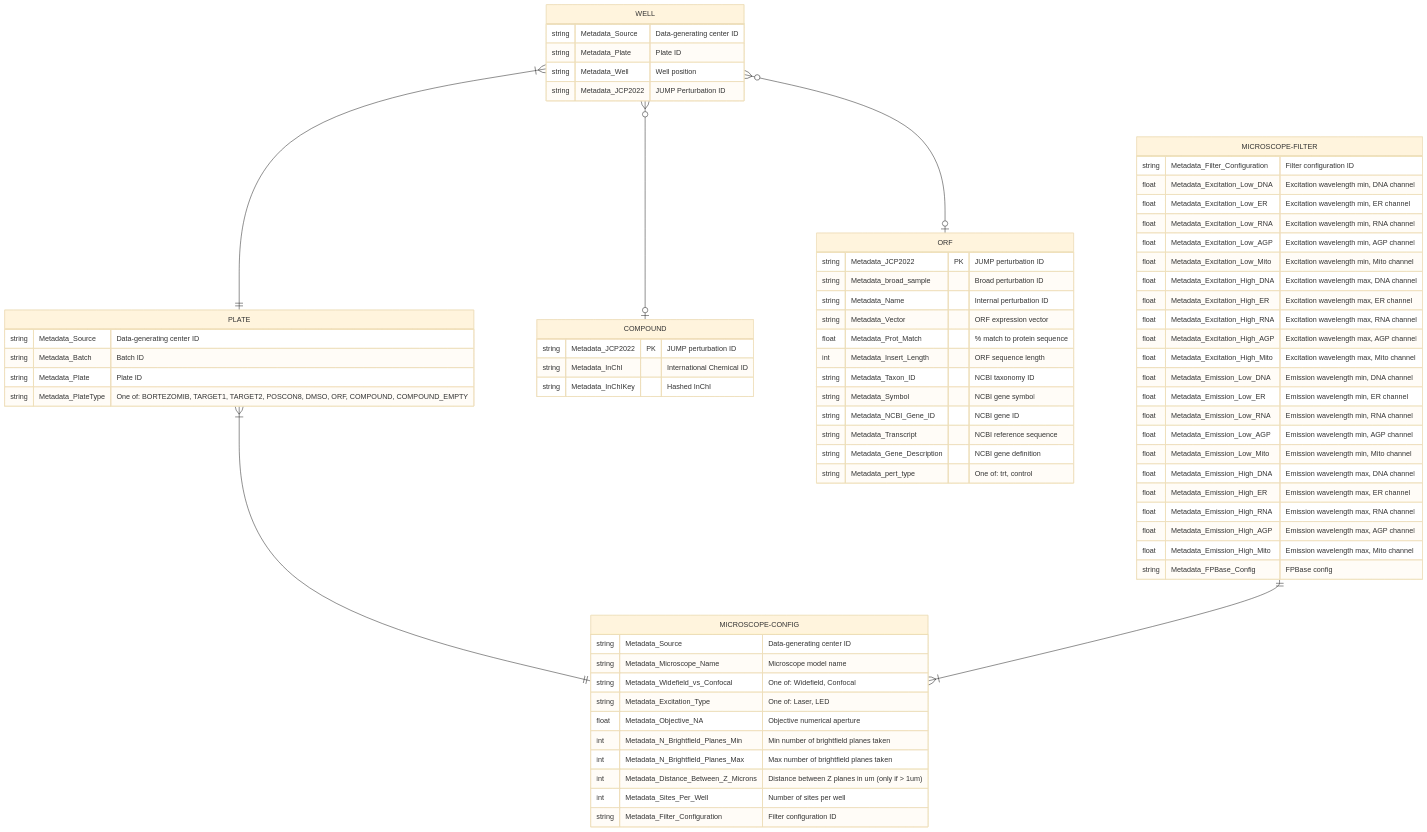
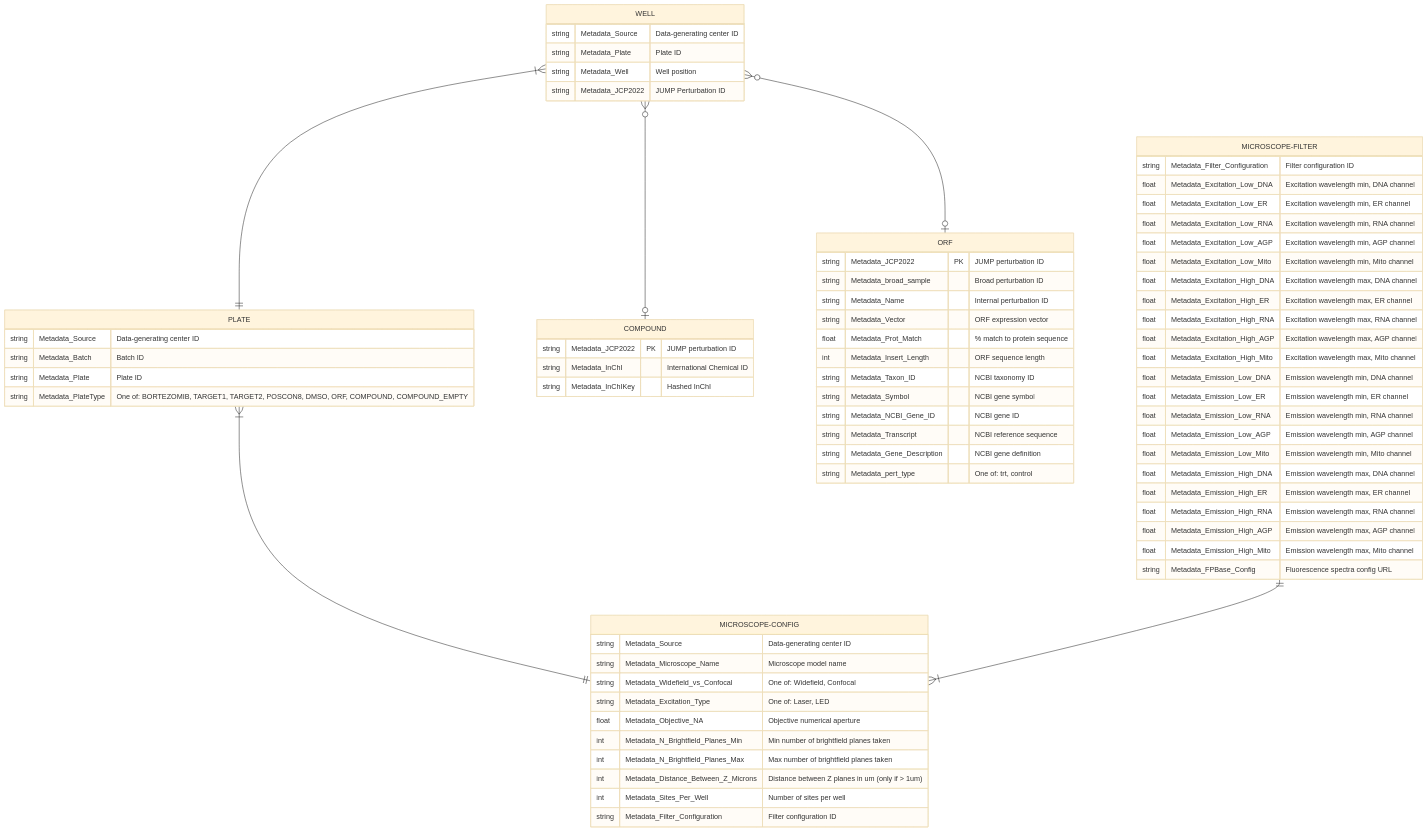
One commit to jump-cellpainting/datasets changed the diagram in metadata/README.md. Above: the diagram before and after it, drawn with Mermaid (base theme).

Commit message:
Clarify Metadata_FPBase_Config

````diff
--- a/metadata/README.md
+++ b/metadata/README.md
@@ -6,75 +6,75 @@
 ```mermaid
 erDiagram
     WELL }|--|| PLATE : ""
     WELL {
         string Metadata_Source "Data-generating center ID"
         string Metadata_Plate "Plate ID"
         string Metadata_Well "Well position"
         string Metadata_JCP2022 "JUMP Perturbation ID"
     }
     PLATE {
         string Metadata_Source "Data-generating center ID"
         string Metadata_Batch "Batch ID"
         string Metadata_Plate "Plate ID"
         string Metadata_PlateType "One of: BORTEZOMIB, TARGET1, TARGET2, POSCON8, DMSO, ORF, COMPOUND, COMPOUND_EMPTY"
     }
     WELL }o--o| COMPOUND : ""
     COMPOUND {
         string Metadata_JCP2022 PK "JUMP perturbation ID"
         string Metadata_InChI "International Chemical ID"
         string Metadata_InChIKey "Hashed InChI"
     }
     WELL }o--o| ORF : ""
     ORF {
         string Metadata_JCP2022 PK "JUMP perturbation ID"
         string Metadata_broad_sample "Broad perturbation ID"
         string Metadata_Name "Internal perturbation ID"
         string Metadata_Vector "ORF expression vector"
         float Metadata_Prot_Match "% match to protein sequence"
         int Metadata_Insert_Length "ORF sequence length"
         string Metadata_Taxon_ID "NCBI taxonomy ID"
         string Metadata_Symbol "NCBI gene symbol"
         string Metadata_NCBI_Gene_ID "NCBI gene ID"
         string Metadata_Transcript "NCBI reference sequence"
         string Metadata_Gene_Description "NCBI gene definition"
         string Metadata_pert_type "One of: trt, control"
     }
     PLATE }|--|| MICROSCOPE-CONFIG : ""
     MICROSCOPE-CONFIG {
         string Metadata_Source "Data-generating center ID"
         string Metadata_Microscope_Name "Microscope model name"
         string Metadata_Widefield_vs_Confocal "One of: Widefield, Confocal"
         string Metadata_Excitation_Type "One of: Laser, LED"
         float Metadata_Objective_NA "Objective numerical aperture"
         int Metadata_N_Brightfield_Planes_Min "Min number of brightfield planes taken"
         int Metadata_N_Brightfield_Planes_Max "Max number of brightfield planes taken"
         int Metadata_Distance_Between_Z_Microns "Distance between Z planes in um (only if > 1um)"
         int Metadata_Sites_Per_Well "Number of sites per well"
         string Metadata_Filter_Configuration "Filter configuration ID"
     }
     MICROSCOPE-FILTER ||--|{ MICROSCOPE-CONFIG : ""
     MICROSCOPE-FILTER {
         string Metadata_Filter_Configuration "Filter configuration ID"
         float Metadata_Excitation_Low_DNA "Excitation wavelength min, DNA channel"
         float Metadata_Excitation_Low_ER "Excitation wavelength min, ER channel"
         float Metadata_Excitation_Low_RNA "Excitation wavelength min, RNA channel"
         float Metadata_Excitation_Low_AGP "Excitation wavelength min, AGP channel"
         float Metadata_Excitation_Low_Mito "Excitation wavelength min, Mito channel"
         float Metadata_Excitation_High_DNA "Excitation wavelength max, DNA channel"
         float Metadata_Excitation_High_ER "Excitation wavelength max, ER channel"
         float Metadata_Excitation_High_RNA "Excitation wavelength max, RNA channel"
         float Metadata_Excitation_High_AGP "Excitation wavelength max, AGP channel"
         float Metadata_Excitation_High_Mito "Excitation wavelength max, Mito channel"
         float Metadata_Emission_Low_DNA "Emission wavelength min, DNA channel"
         float Metadata_Emission_Low_ER "Emission wavelength min, ER channel"
         float Metadata_Emission_Low_RNA "Emission wavelength min, RNA channel"
         float Metadata_Emission_Low_AGP "Emission wavelength min, AGP channel"
         float Metadata_Emission_Low_Mito "Emission wavelength min, Mito channel"
         float Metadata_Emission_High_DNA "Emission wavelength max, DNA channel"
         float Metadata_Emission_High_ER "Emission wavelength max, ER channel"
         float Metadata_Emission_High_RNA "Emission wavelength max, RNA channel"
         float Metadata_Emission_High_AGP "Emission wavelength max, AGP channel"
         float Metadata_Emission_High_Mito "Emission wavelength max, Mito channel"
-        string Metadata_FPBase_Config "FPBase config"
+        string Metadata_FPBase_Config "Fluorescence spectra config URL"
     }
 ```
````
